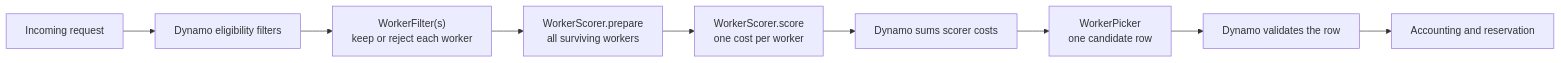
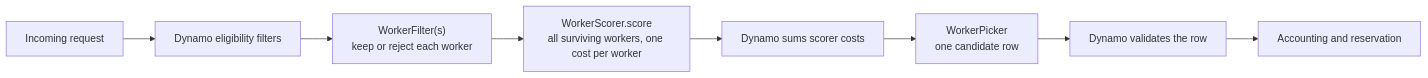
Before and after one commit to ai-dynamo/dynamo: the first of 3 diagrams in docs/fern/pages/developer-guide/knowledge-base/modular-components/router/custom-worker-selection.mdx, drawn with Mermaid. The commit also changed other lines of this file and 14 other files, not shown here.

````diff
--- a/docs/fern/pages/developer-guide/knowledge-base/modular-components/router/custom-worker-selection.mdx
+++ b/docs/fern/pages/developer-guide/knowledge-base/modular-components/router/custom-worker-selection.mdx
@@ -16,11 +16,10 @@
 ```mermaid
 flowchart LR
     Request["Incoming request"] --> Eligibility["Dynamo eligibility filters"]
     Eligibility --> Filters["WorkerFilter(s)<br/>keep or reject each worker"]
-    Filters --> Prepare["WorkerScorer.prepare<br/>all surviving workers"]
-    Prepare --> Scorers["WorkerScorer.score<br/>one cost per worker"]
+    Filters --> Scorers["WorkerScorer.score<br/>all surviving workers, one cost per worker"]
     Scorers --> Sum["Dynamo sums scorer costs"]
     Sum --> Picker["WorkerPicker<br/>one candidate row"]
     Picker --> Validate["Dynamo validates the row"]
     Validate --> Reserve["Accounting and reservation"]
 ```
````
